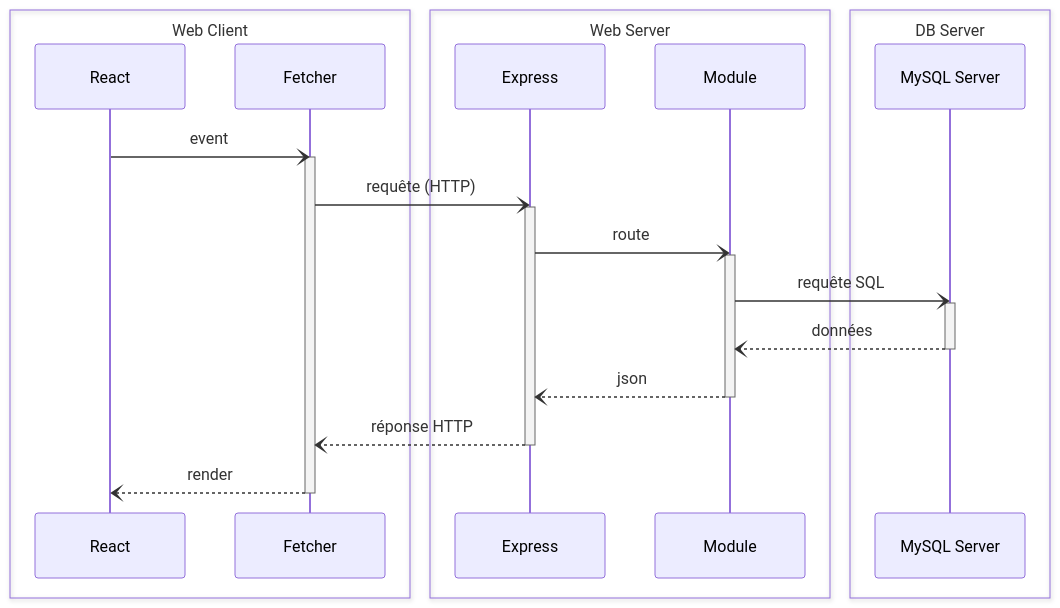
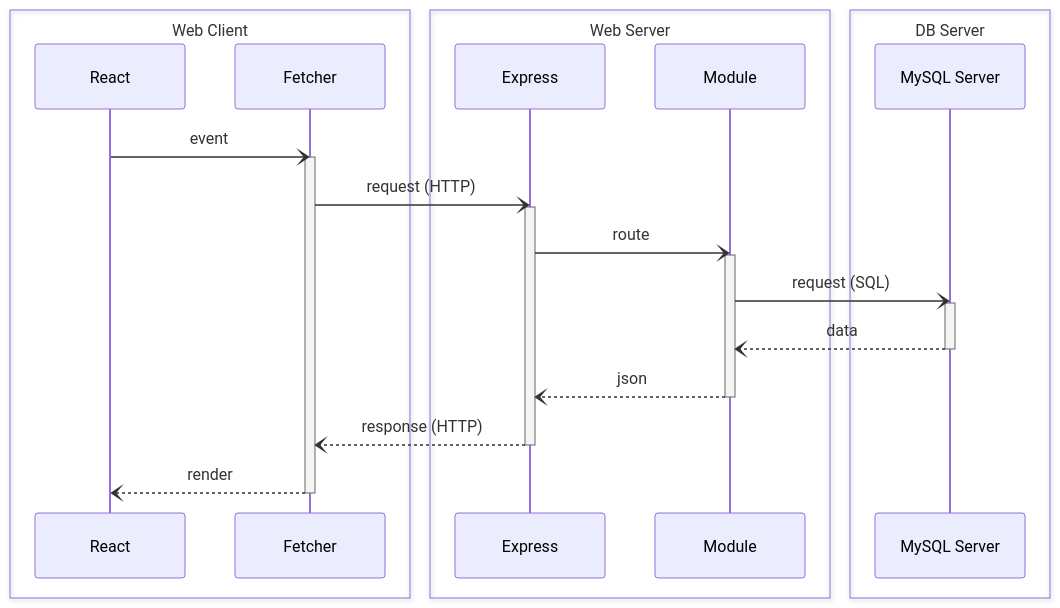
The diagram in README.md (rocambille/start-express-react), drawn with Mermaid before and after one commit.

````diff
--- a/README.md
+++ b/README.md
@@ -5,31 +5,31 @@
 ```mermaid
 sequenceDiagram
     box Web Client
     participant React as React
     participant Fetcher as Fetcher
     end
     box Web Server
     participant Express as Express
     participant Module as Module
     end
     box DB Server
     participant DB as MySQL Server
     end
 
     React-)Fetcher: event
     activate Fetcher
-    Fetcher-)Express: requête (HTTP)
+    Fetcher-)Express: request (HTTP)
     activate Express
     Express-)Module: route
     activate Module
-    Module-)DB: requête SQL
+    Module-)DB: request (SQL)
     activate DB
-    DB--)Module: données
+    DB--)Module: data
     deactivate DB
     Module--)Express: json
     deactivate Module
-    Express--)Fetcher: réponse HTTP
+    Express--)Fetcher: response (HTTP)
     deactivate Express
     Fetcher--)React: render
     deactivate Fetcher
 ```
````
